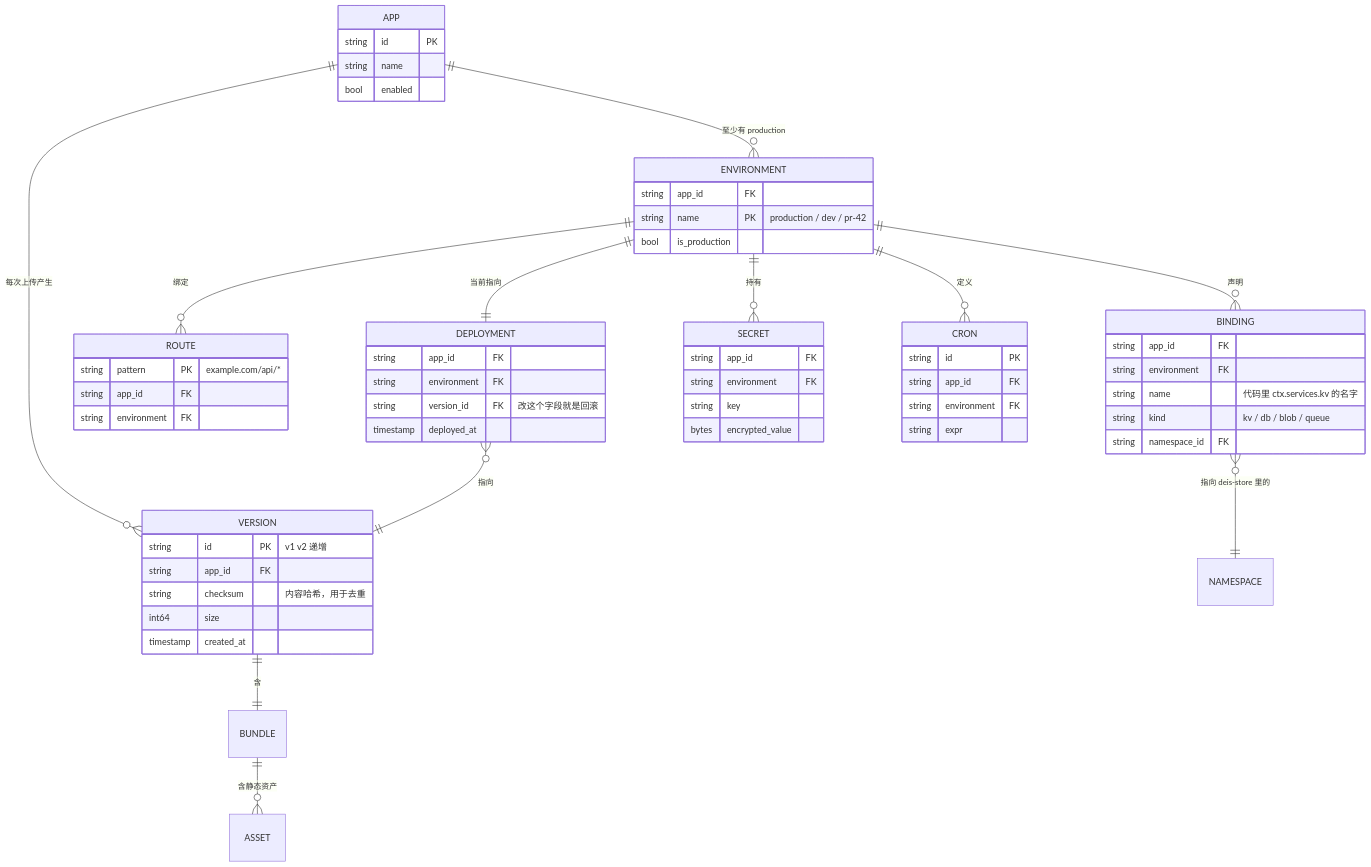
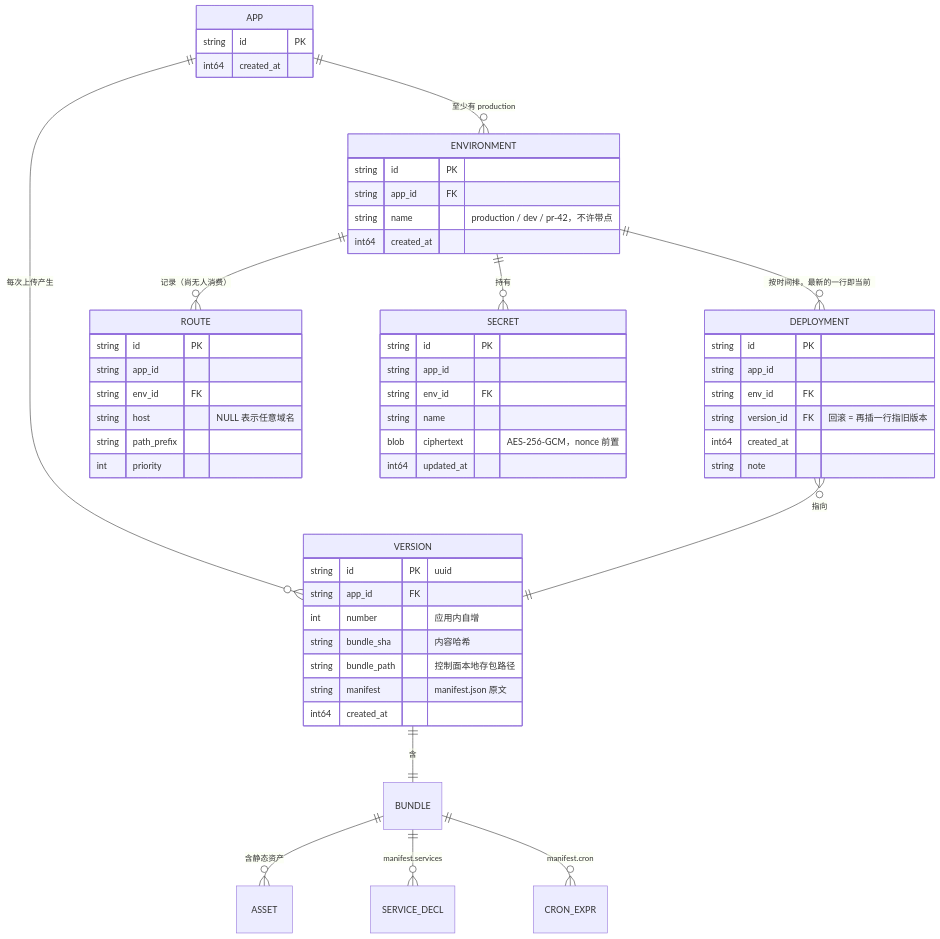
The second of 6 diagrams in docs/architecture.zh.md (deislet/deislet), drawn with Mermaid before and after one commit. The commit also changed other lines of this file and 111 other files, not shown here.

````diff
--- a/docs/architecture.zh.md
+++ b/docs/architecture.zh.md
@@ -114,62 +135,57 @@
 ```mermaid
 erDiagram
     APP ||--o{ ENVIRONMENT : "至少有 production"
-    ENVIRONMENT ||--|| DEPLOYMENT : "当前指向"
     APP ||--o{ VERSION : "每次上传产生"
+    ENVIRONMENT ||--o{ DEPLOYMENT : "按时间排，最新的一行即当前"
     DEPLOYMENT }o--|| VERSION : "指向"
-    ENVIRONMENT ||--o{ ROUTE : "绑定"
-    ENVIRONMENT ||--o{ BINDING : "声明"
+    ENVIRONMENT ||--o{ ROUTE : "记录（尚无人消费）"
     ENVIRONMENT ||--o{ SECRET : "持有"
-    ENVIRONMENT ||--o{ CRON : "定义"
     VERSION ||--|| BUNDLE : "含"
     BUNDLE ||--o{ ASSET : "含静态资产"
-    BINDING }o--|| NAMESPACE : "指向 deis-store 里的"
+    BUNDLE ||--o{ SERVICE_DECL : "manifest.services"
+    BUNDLE ||--o{ CRON_EXPR : "manifest.cron"
 
     APP {
         string id PK
-        string name
-        bool enabled
+        int64 created_at
     }
     ENVIRONMENT {
+        string id PK
         string app_id FK
-        string name PK "production / dev / pr-42"
-        bool is_production
+        string name "production / dev / pr-42，不许带点"
+        int64 created_at
     }
     VERSION {
-        string id PK "v1 v2 递增"
+        string id PK "uuid"
         string app_id FK
-        string checksum "内容哈希，用于去重"
-        int64 size
-        timestamp created_at
+        int number "应用内自增"
+        string bundle_sha "内容哈希"
+        string bundle_path "控制面本地存包路径"
+        string manifest "manifest.json 原文"
+        int64 created_at
     }
     DEPLOYMENT {
-        string app_id FK
-        string environment FK
-        string version_id FK "改这个字段就是回滚"
-        timestamp deployed_at
+        string id PK
+        string app_id
+        string env_id FK
+        string version_id FK "回滚 = 再插一行指旧版本"
+        int64 created_at
+        string note
     }
     ROUTE {
-        string pattern PK "example.com/api/*"
-        string app_id FK
-        string environment FK
-    }
-    BINDING {
-        string app_id FK
-        string environment FK
-        string name "代码里 ctx.services.kv 的名字"
-        string kind "kv / db / blob / queue"
-        string namespace_id FK
+        string id PK
+        string app_id
+        string env_id FK
+        string host "NULL 表示任意域名"
+        string path_prefix
+        int priority
     }
     SECRET {
-        string app_id FK
-        string environment FK
-        string key
-        bytes encrypted_value
-    }
-    CRON {
         string id PK
-        string app_id FK
-        string environment FK
-        string expr
+        string app_id
+        string env_id FK
+        string name
+        blob ciphertext "AES-256-GCM，nonce 前置"
+        int64 updated_at
     }
 ```
````
